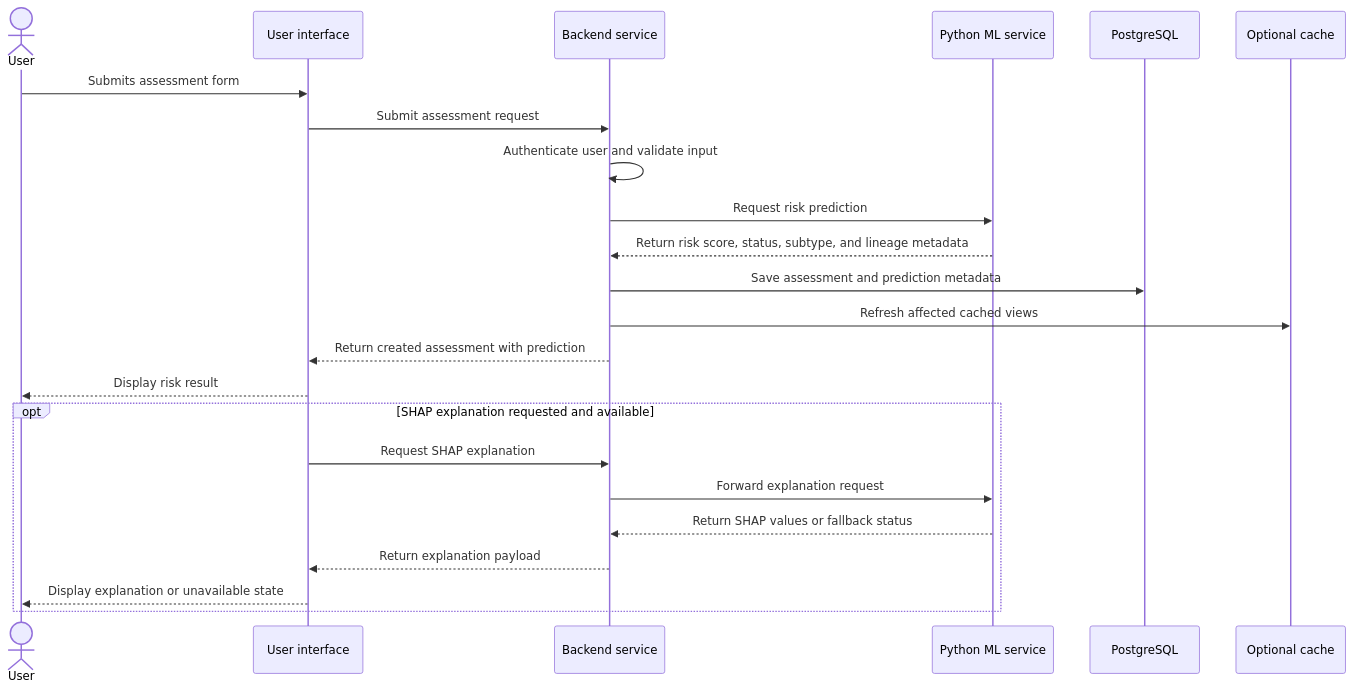
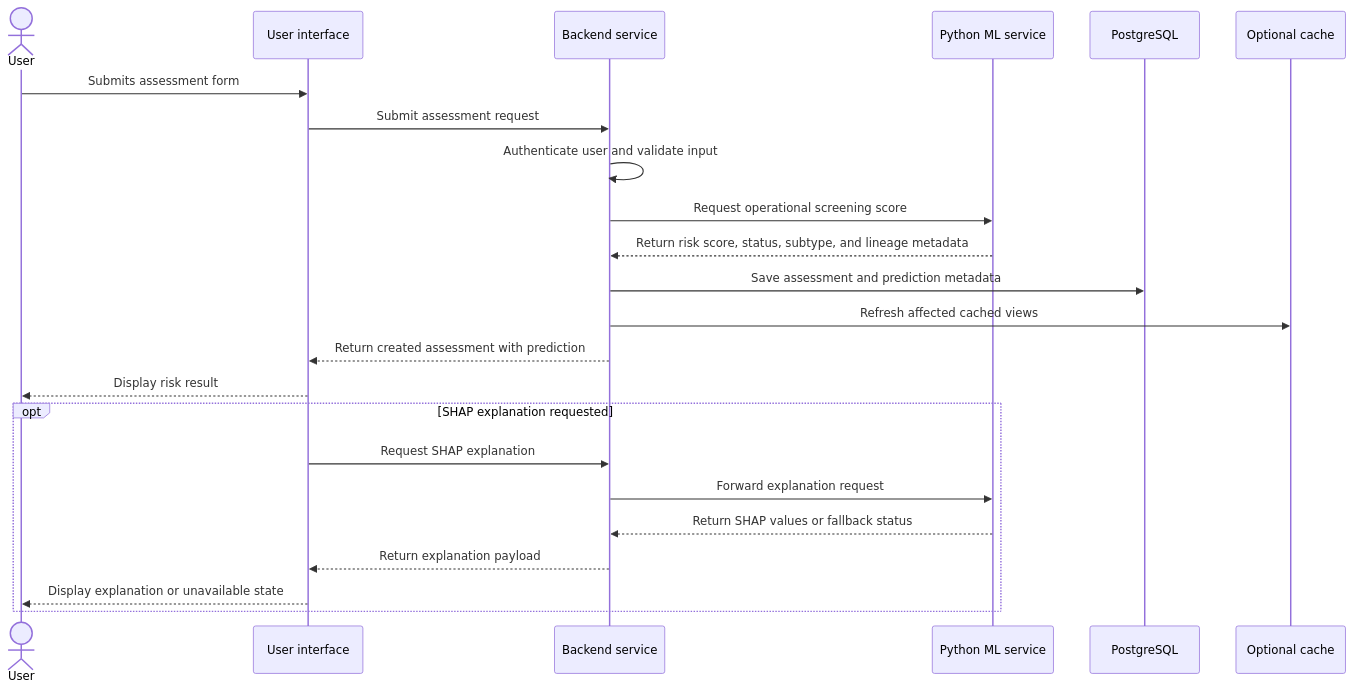
The sixth of 6 diagrams in docs/07-research/thesis-drafts/ch3+4-final-academic-draft.md (Skufu/DianaV2), drawn with Mermaid before and after one commit. The commit also changed other lines of this file and 104 other files, not shown here.

````diff
--- a/docs/07-research/thesis-drafts/ch3+4-final-academic-draft.md
+++ b/docs/07-research/thesis-drafts/ch3+4-final-academic-draft.md
@@ -478,27 +581,27 @@
 ```mermaid
 sequenceDiagram
     actor User
     participant FE as User interface
     participant API as Backend service
     participant ML as Python ML service
     participant DB as PostgreSQL
     participant Cache as Optional cache
 
     User->>FE: Submits assessment form
     FE->>API: Submit assessment request
     API->>API: Authenticate user and validate input
-    API->>ML: Request risk prediction
+    API->>ML: Request operational screening score
     ML-->>API: Return risk score, status, subtype, and lineage metadata
     API->>DB: Save assessment and prediction metadata
     API->>Cache: Refresh affected cached views
     API-->>FE: Return created assessment with prediction
     FE-->>User: Display risk result
 
-    opt SHAP explanation requested and available
+    opt SHAP explanation requested
         FE->>API: Request SHAP explanation
         API->>ML: Forward explanation request
         ML-->>API: Return SHAP values or fallback status
         API-->>FE: Return explanation payload
         FE-->>User: Display explanation or unavailable state
     end
 ```
````
